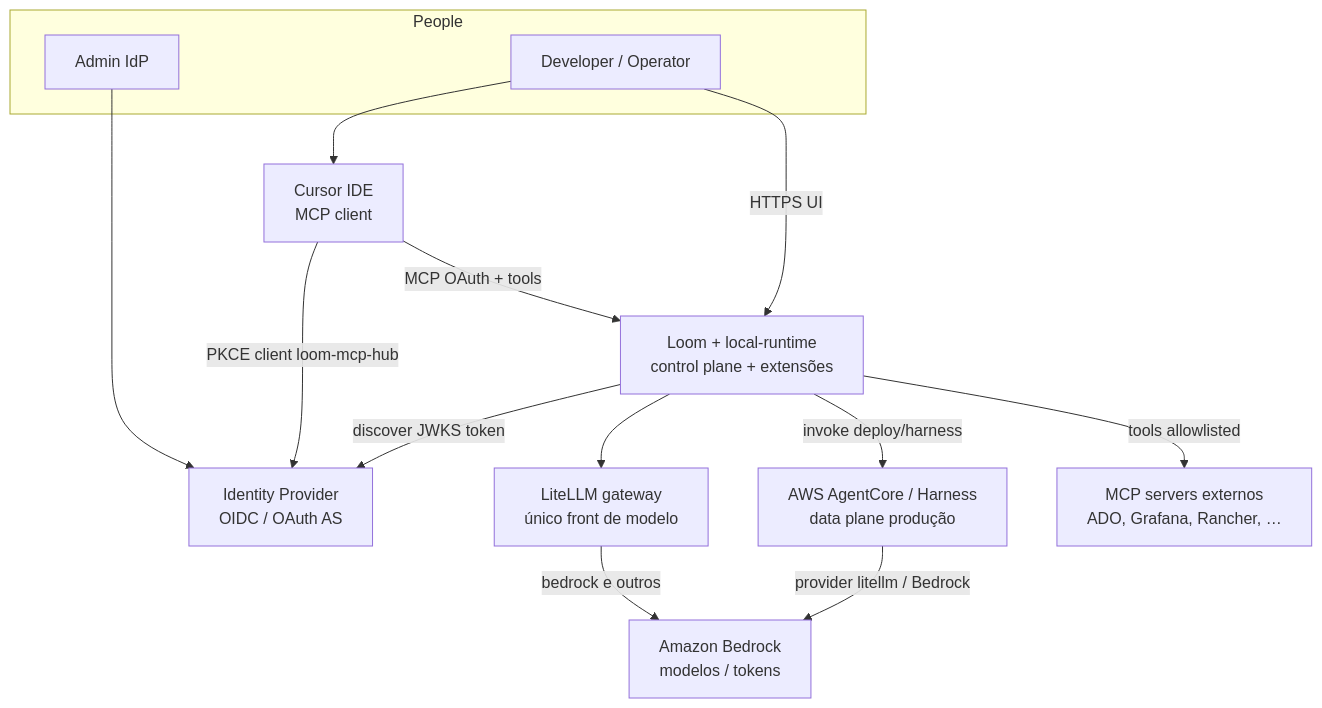
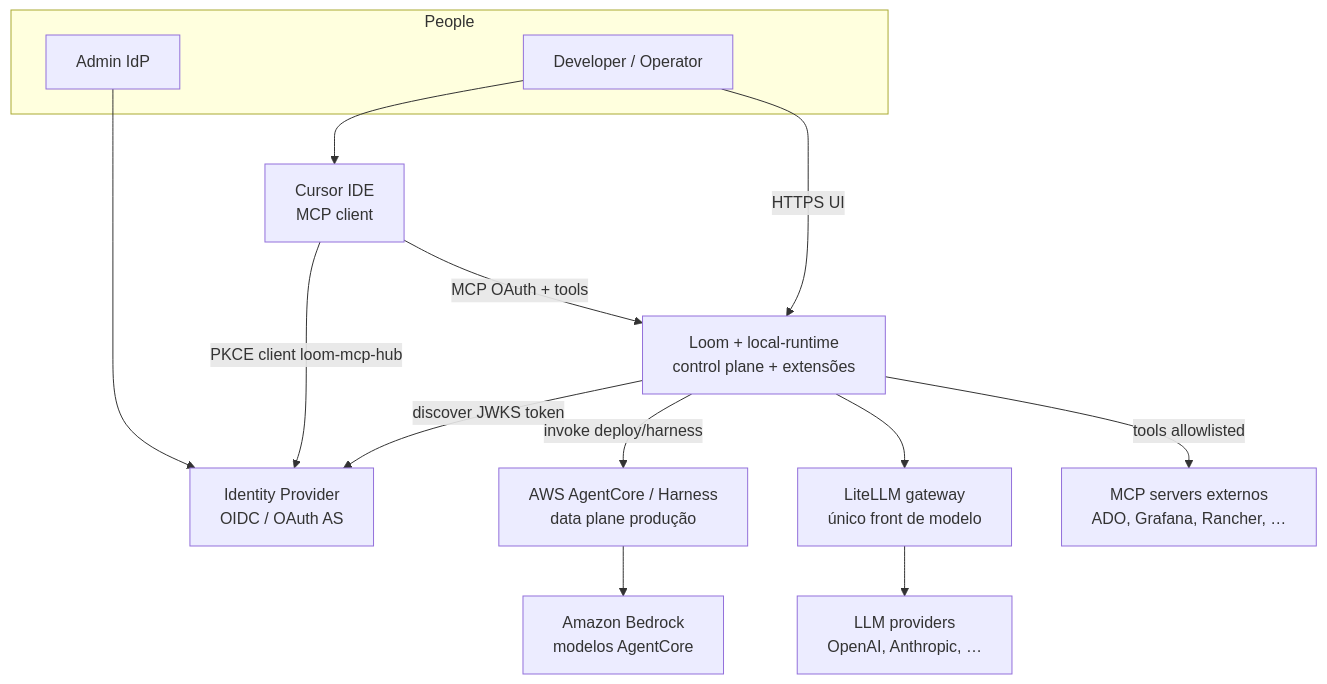
Before and after one commit to awslabs/loom: the first of 8 diagrams in local-runtime/docs/guide/architecture.md, drawn with Mermaid. The commit also changed other lines of this file, not shown here.

First line of the commit message:
docs(architecture): LiteLLM backends are OpenAI/Anthropic, not Bedrock

````diff
--- a/local-runtime/docs/guide/architecture.md
+++ b/local-runtime/docs/guide/architecture.md
@@ -37,28 +38,29 @@
 ```mermaid
 flowchart TB
   subgraph People
     DEV[Developer / Operator]
     ADM[Admin IdP]
   end
 
   SYS[Loom + local-runtime<br/>control plane + extensões]
 
   IDP[Identity Provider<br/>OIDC / OAuth AS]
   IDE[Cursor IDE<br/>MCP client]
   AC[AWS AgentCore / Harness<br/>data plane produção]
-  BR[Amazon Bedrock<br/>modelos / tokens]
+  BR[Amazon Bedrock<br/>modelos AgentCore]
   LLMGW[LiteLLM gateway<br/>único front de modelo]
+  PROV[LLM providers<br/>OpenAI, Anthropic, …]
   MCPX[MCP servers externos<br/>ADO, Grafana, Rancher, …]
 
   DEV -->|HTTPS UI| SYS
   DEV --> IDE
   IDE -->|MCP OAuth + tools| SYS
   SYS -->|discover JWKS token| IDP
   IDE -->|PKCE client loom-mcp-hub| IDP
   ADM --> IDP
   SYS -->|invoke deploy/harness| AC
   SYS --> LLMGW
-  AC -->|provider litellm / Bedrock| BR
-  LLMGW -->|bedrock e outros| BR
+  AC --> BR
+  LLMGW --> PROV
   SYS -->|tools allowlisted| MCPX
 ```
````
